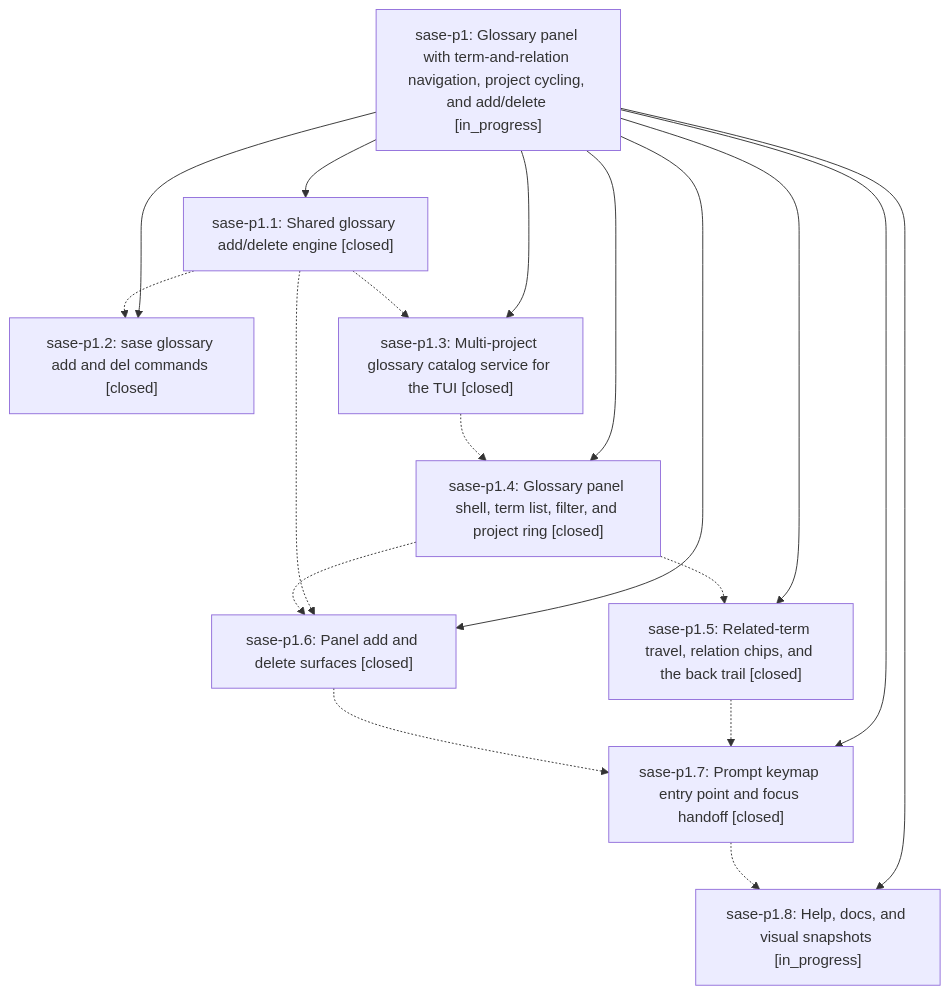
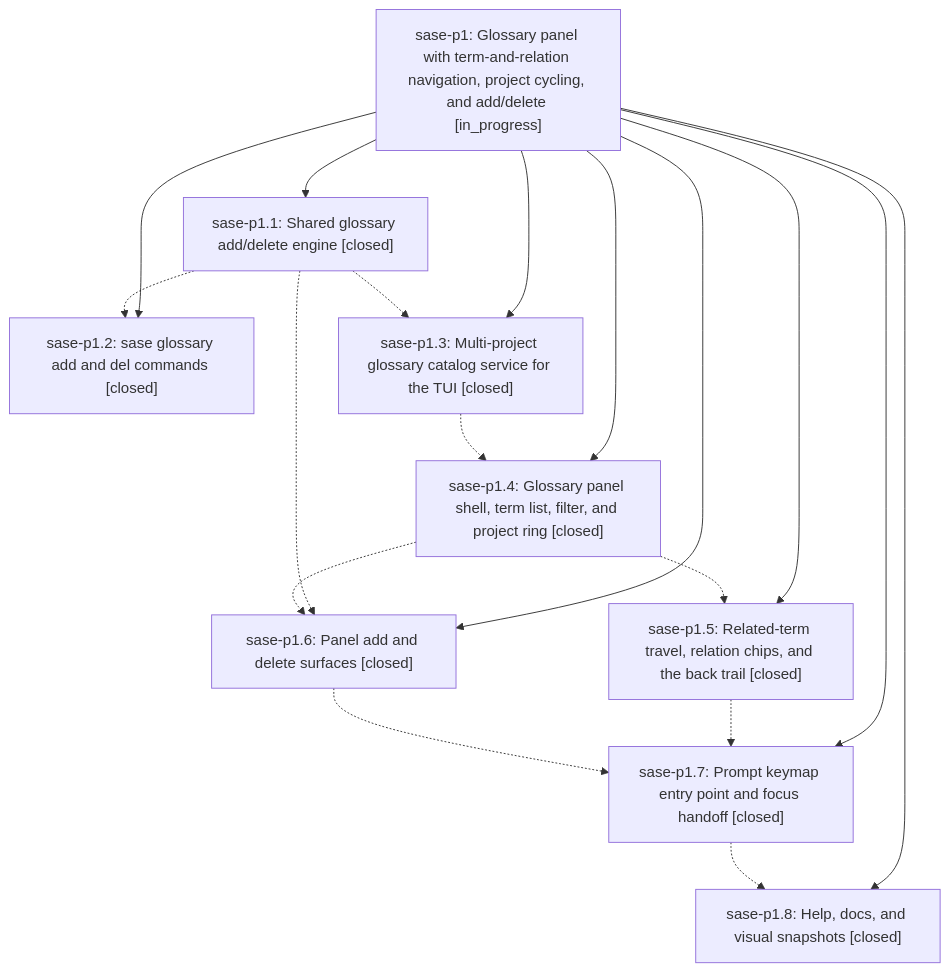
Before and after one commit to sase-org/sase--beads: the diagram in pages/sase-p1/README.md, drawn with Mermaid. The commit also changed other lines of this file and 2 other files, not shown here.

First line of the commit message:
chore(beads): sync bead state and pages for sase-p1

````diff
--- a/pages/sase-p1/README.md
+++ b/pages/sase-p1/README.md
@@ -39,29 +39,29 @@
 ```mermaid
 flowchart TD
     n0["sase-p1: Glossary panel with term-and-relation navigation, project cycling, and add/delete [in_progress]"]
     n1["sase-p1.1: Shared glossary add/delete engine [closed]"]
     n2["sase-p1.2: sase glossary add and del commands [closed]"]
     n3["sase-p1.3: Multi-project glossary catalog service for the TUI [closed]"]
     n4["sase-p1.4: Glossary panel shell, term list, filter, and project ring [closed]"]
     n5["sase-p1.5: Related-term travel, relation chips, and the back trail [closed]"]
     n6["sase-p1.6: Panel add and delete surfaces [closed]"]
     n7["sase-p1.7: Prompt keymap entry point and focus handoff [closed]"]
-    n8["sase-p1.8: Help, docs, and visual snapshots [in_progress]"]
+    n8["sase-p1.8: Help, docs, and visual snapshots [closed]"]
     n0 --> n1
     n0 --> n2
     n0 --> n3
     n0 --> n4
     n0 --> n5
     n0 --> n6
     n0 --> n7
     n0 --> n8
     n1 -.-> n2
     n1 -.-> n3
     n1 -.-> n6
     n3 -.-> n4
     n4 -.-> n5
     n4 -.-> n6
     n5 -.-> n7
     n6 -.-> n7
     n7 -.-> n8
 ```
````
